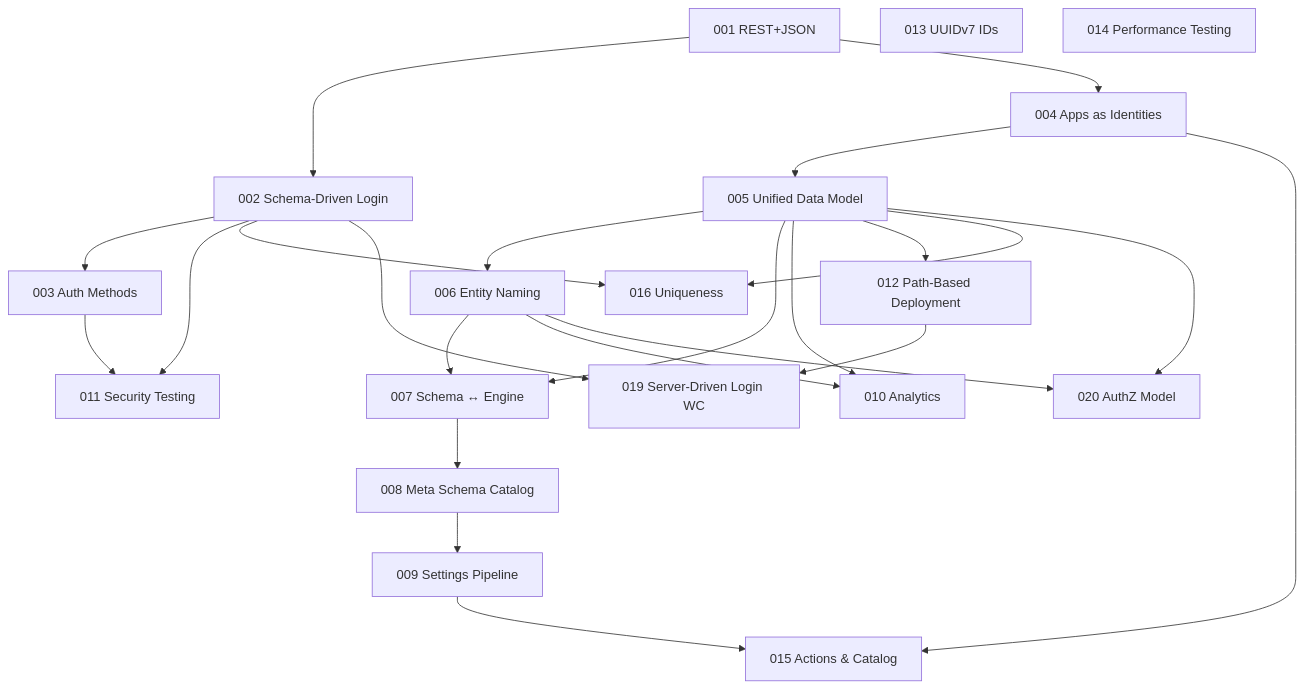
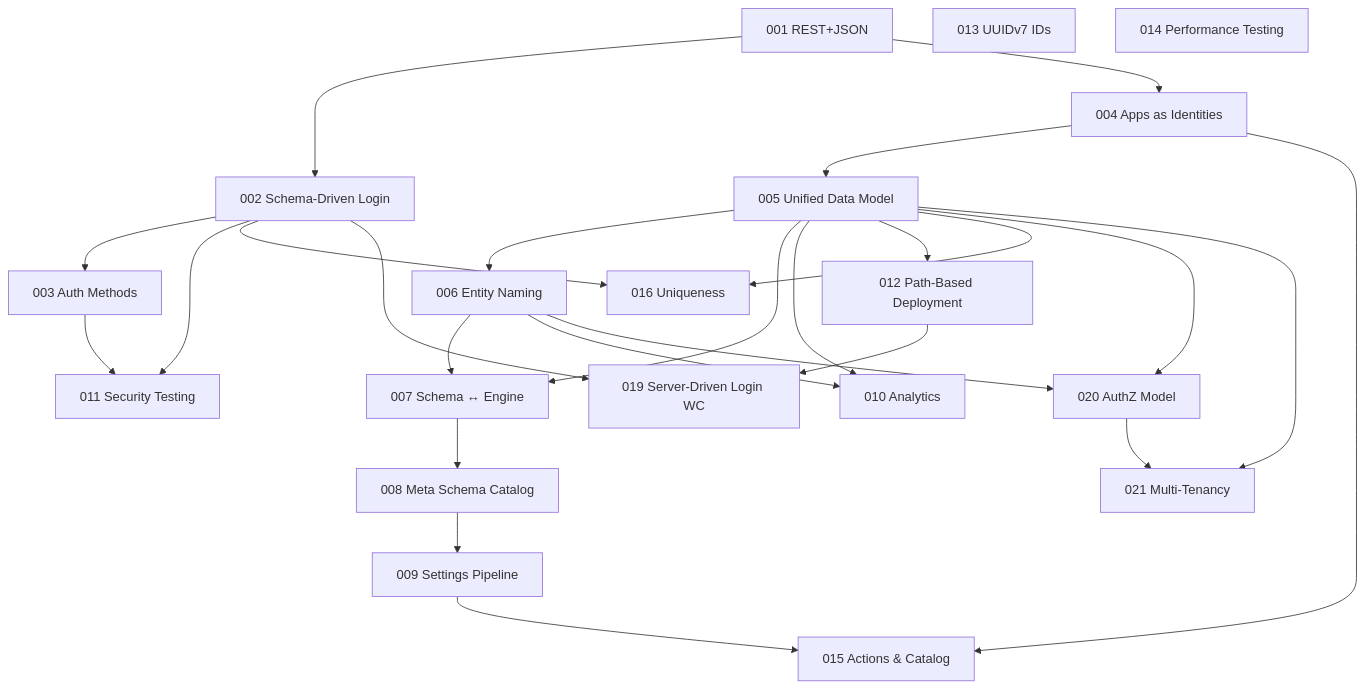
One commit to fforootd/hodor changed the diagram in docs/000-index.md. Above: the diagram before and after it, drawn with Mermaid. The commit also changed other lines of this file and 26 other files, not shown here.

````diff
--- a/docs/000-index.md
+++ b/docs/000-index.md
@@ -57,27 +58,29 @@
 ```mermaid
 graph TD
     A001[001 REST+JSON] --> A002[002 Schema-Driven Login]
     A002 --> A003[003 Auth Methods]
     A001 --> A004[004 Apps as Identities]
     A004 --> A005[005 Unified Data Model]
     A005 --> A006[006 Entity Naming]
     A005 --> A007[007 Schema ↔ Engine]
     A006 --> A007
     A007 --> A008[008 Meta Schema Catalog]
     A008 --> A009[009 Settings Pipeline]
     A005 --> A010[010 Analytics]
     A006 --> A010
     A002 --> A011[011 Security Testing]
     A003 --> A011
     A005 --> A012[012 Path-Based Deployment]
     A013[013 UUIDv7 IDs]
     A014[014 Performance Testing]
     A009 --> A015[015 Actions & Catalog]
     A004 --> A015
     A002 --> A016[016 Uniqueness]
     A005 --> A016
     A002 --> A019[019 Server-Driven Login WC]
     A012 --> A019
     A005 --> A020[020 AuthZ Model]
     A006 --> A020
+    A020 --> A021[021 Multi-Tenancy]
+    A005 --> A021
 ```
````
